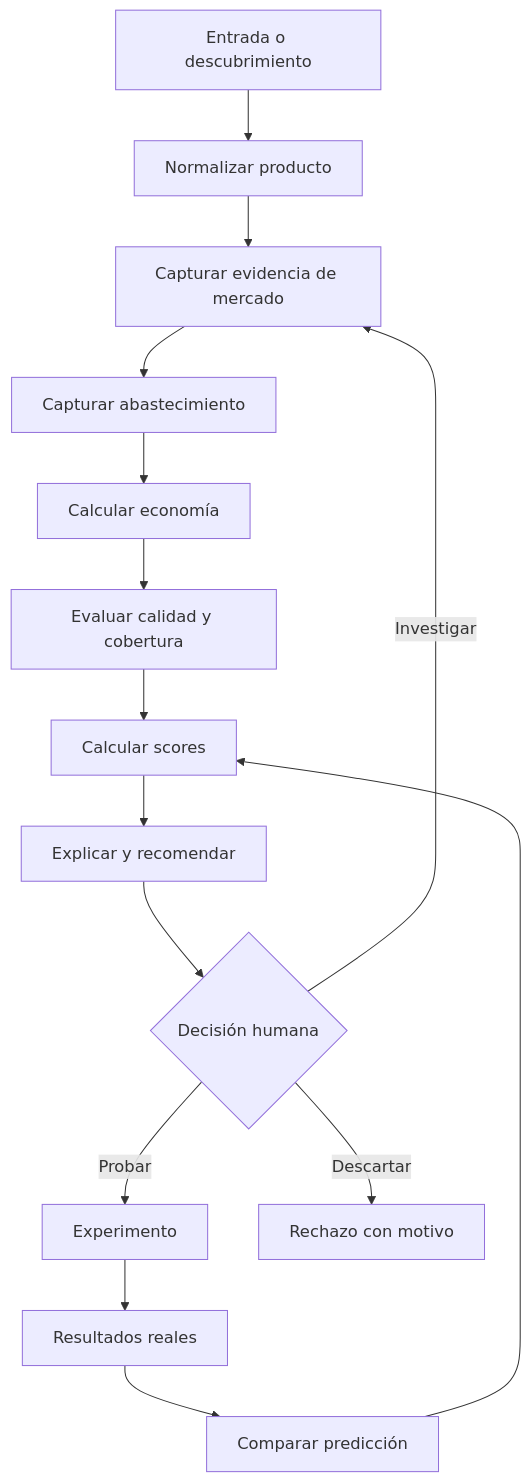
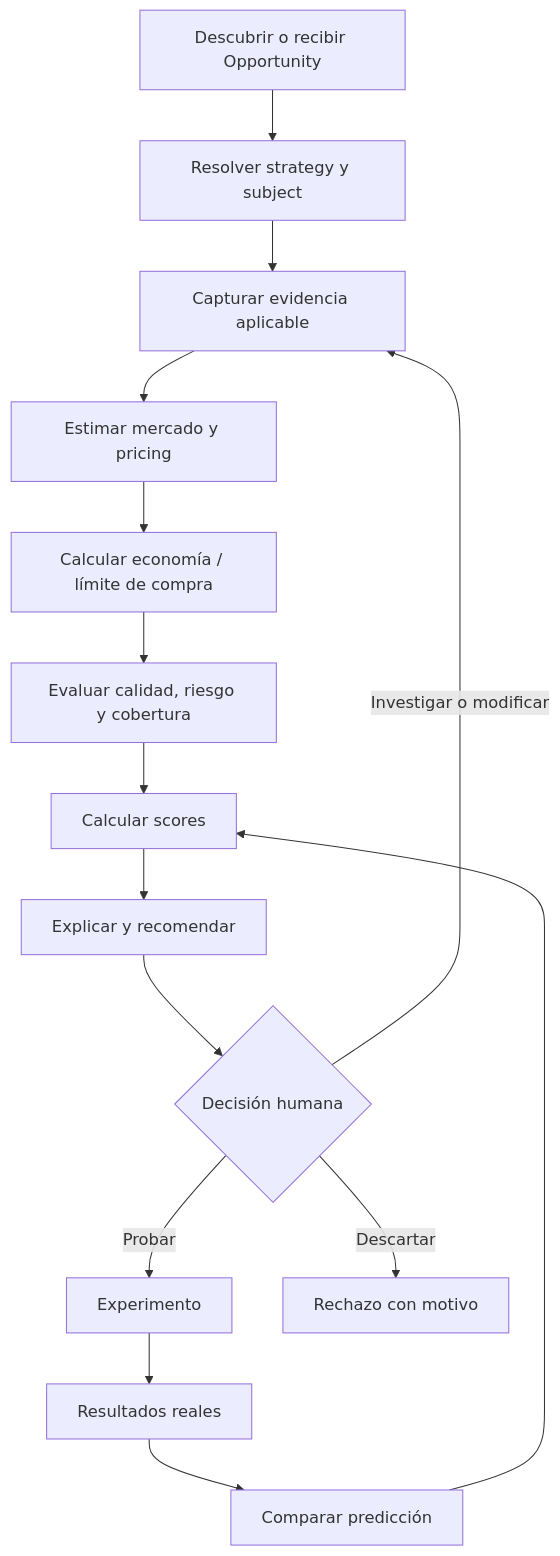
One commit to Gabriellqe/COIE changed the second of 2 diagrams in docs/architecture/SYSTEM_ARCHITECTURE.md. Above: the diagram before and after it, drawn with Mermaid. The commit also changed other lines of this file and 48 other files, not shown here.

Commit message:
restructure COIE around MVP-A decision flow

````diff
--- a/docs/architecture/SYSTEM_ARCHITECTURE.md
+++ b/docs/architecture/SYSTEM_ARCHITECTURE.md
@@ -145,17 +157,17 @@
 ```mermaid
 flowchart TD
-    D["Entrada o descubrimiento"] --> N["Normalizar producto"]
-    N --> M["Capturar evidencia de mercado"]
-    M --> S["Capturar abastecimiento"]
-    S --> E["Calcular economía"]
-    E --> Q["Evaluar calidad y cobertura"]
+    D["Descubrir o recibir Opportunity"] --> N["Resolver strategy y subject"]
+    N --> M["Capturar evidencia aplicable"]
+    M --> P["Estimar mercado y pricing"]
+    P --> E["Calcular economía / límite de compra"]
+    E --> Q["Evaluar calidad, riesgo y cobertura"]
     Q --> C["Calcular scores"]
     C --> R["Explicar y recomendar"]
     R --> H{"Decisión humana"}
     H -->|Probar| X["Experimento"]
-    H -->|Investigar| M
+    H -->|Investigar o modificar| M
     H -->|Descartar| J["Rechazo con motivo"]
     X --> A["Resultados reales"]
     A --> L["Comparar predicción"]
     L --> C
 ```
````
